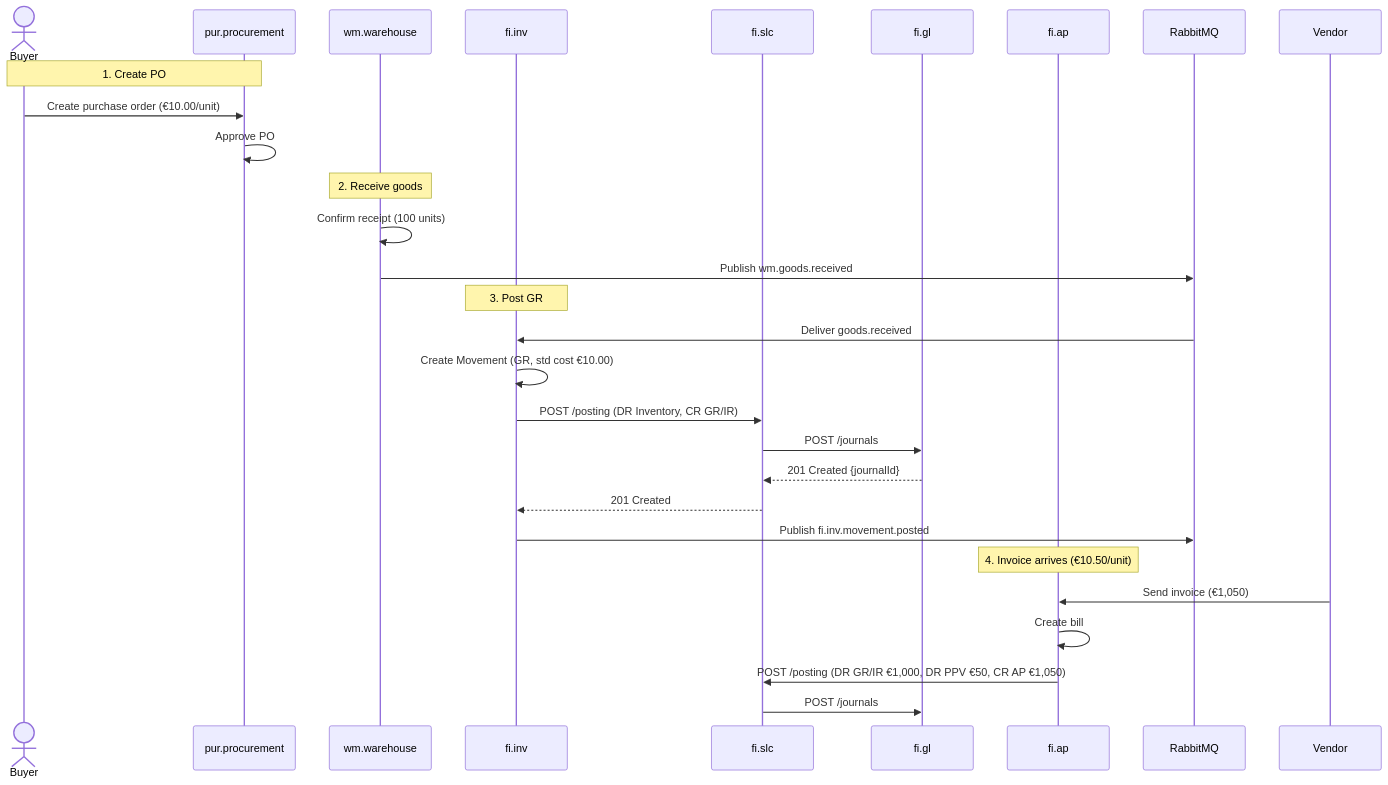
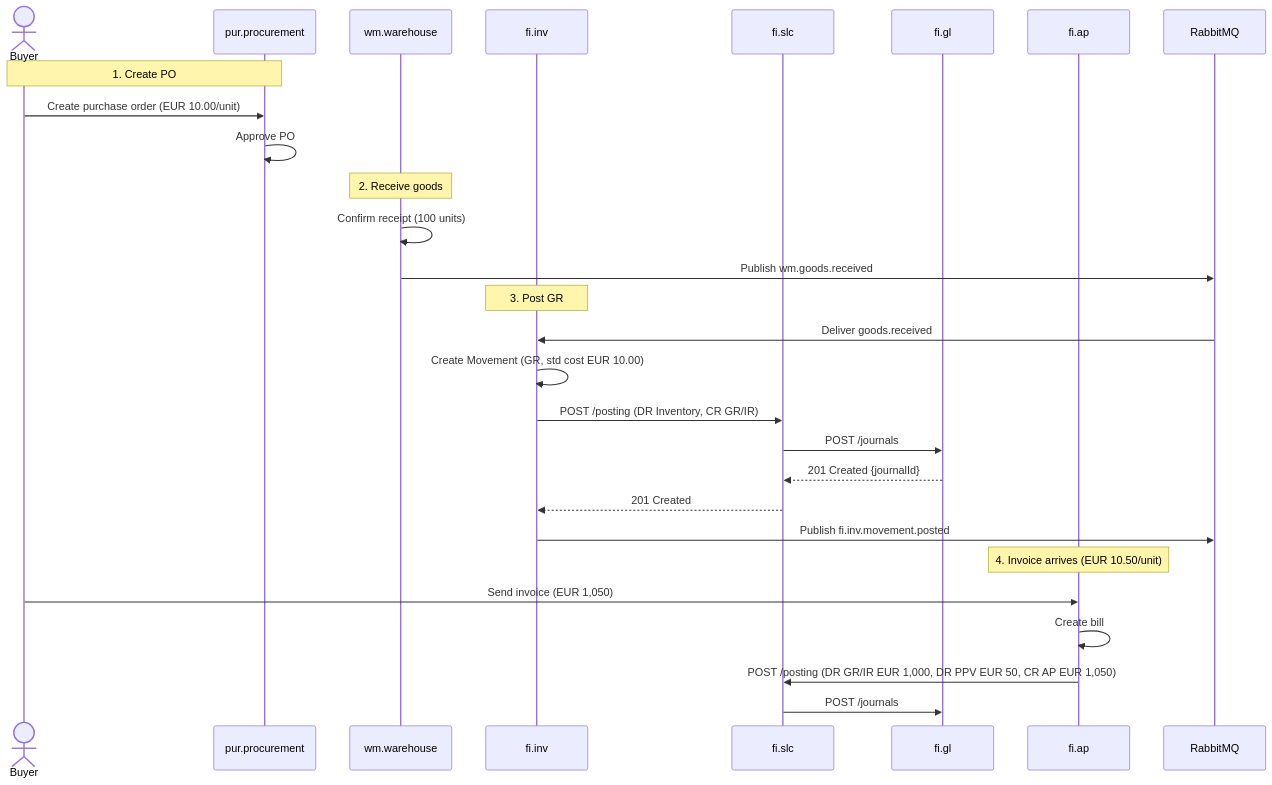
The sixth of 8 diagrams in T3_Domains/FI/domain-specs/ext/fi_inv-spec.md (openleap-io/io.openleap.dev.spec), drawn with Mermaid before and after one commit. The commit also changed other lines of this file and 54 other files, not shown here.

````diff
--- a/T3_Domains/FI/domain-specs/ext/fi_inv-spec.md
+++ b/T3_Domains/FI/domain-specs/ext/fi_inv-spec.md
@@ -698,34 +1489,34 @@
 ```mermaid
 sequenceDiagram
     actor Buyer
     participant PUR as pur.procurement
     participant WM as wm.warehouse
     participant INV as fi.inv
     participant SLC as fi.slc
     participant GL as fi.gl
     participant AP as fi.ap
     participant MQ as RabbitMQ
     
     Note over Buyer,PUR: 1. Create PO
-    Buyer->>PUR: Create purchase order (€10.00/unit)
+    Buyer->>PUR: Create purchase order (EUR 10.00/unit)
     PUR->>PUR: Approve PO
     
     Note over WM: 2. Receive goods
     WM->>WM: Confirm receipt (100 units)
     WM->>MQ: Publish wm.goods.received
     
     Note over INV: 3. Post GR
     MQ->>INV: Deliver goods.received
-    INV->>INV: Create Movement (GR, std cost €10.00)
+    INV->>INV: Create Movement (GR, std cost EUR 10.00)
     INV->>SLC: POST /posting (DR Inventory, CR GR/IR)
     SLC->>GL: POST /journals
     GL-->>SLC: 201 Created {journalId}
     SLC-->>INV: 201 Created
     INV->>MQ: Publish fi.inv.movement.posted
     
-    Note over AP: 4. Invoice arrives (€10.50/unit)
-    Vendor->>AP: Send invoice (€1,050)
+    Note over AP: 4. Invoice arrives (EUR 10.50/unit)
+    Buyer->>AP: Send invoice (EUR 1,050)
     AP->>AP: Create bill
-    AP->>SLC: POST /posting (DR GR/IR €1,000, DR PPV €50, CR AP €1,050)
+    AP->>SLC: POST /posting (DR GR/IR EUR 1,000, DR PPV EUR 50, CR AP EUR 1,050)
     SLC->>GL: POST /journals
 ```
````
